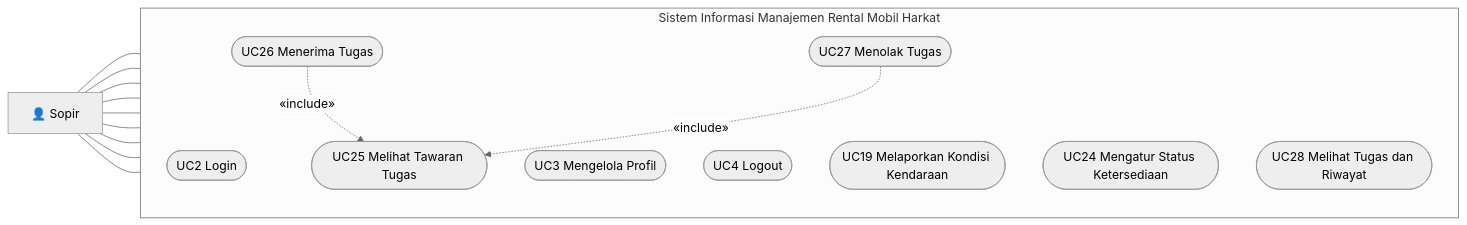
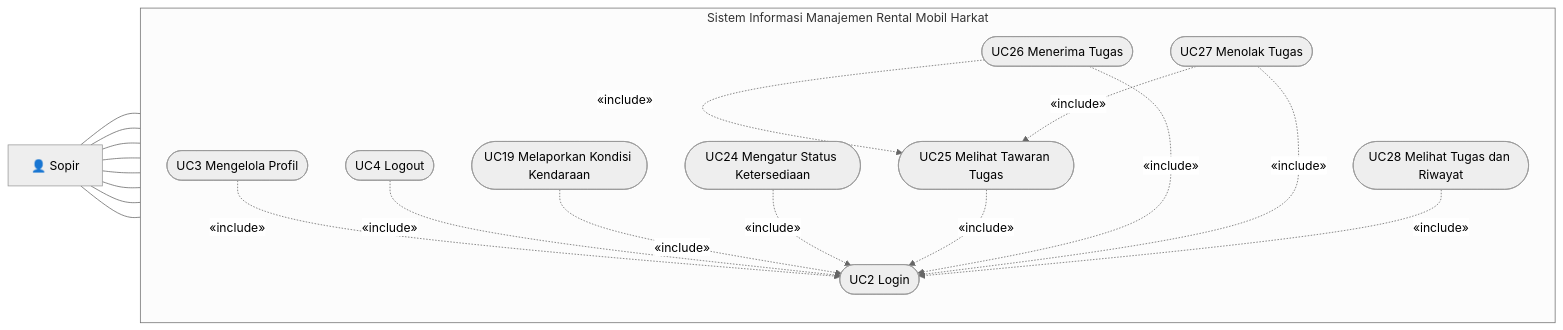
Before and after one commit to Betrand-Alfayedh/TA-mobile-rental_harkat: the fourth of 4 diagrams in docs/usecase.md, drawn with Mermaid (neutral theme). The commit also changed other lines of this file and 13 other files, not shown here.

Commit message:
Dokumentasi: diagram use case, activity AD-7, dan ERD landscape diperbarui

````diff
--- a/docs/usecase.md
+++ b/docs/usecase.md
@@ -227,23 +230,24 @@
 ```mermaid
 flowchart LR
     SOP["👤 Sopir"]
 
     subgraph SISTEM["Sistem Informasi Manajemen Rental Mobil Harkat"]
         direction TB
         UC2(["UC2 Login"])
         UC3(["UC3 Mengelola Profil"])
         UC4(["UC4 Logout"])
         UC19(["UC19 Melaporkan Kondisi Kendaraan"])
         UC24(["UC24 Mengatur Status Ketersediaan"])
         UC25(["UC25 Melihat Tawaran Tugas"])
         UC26(["UC26 Menerima Tugas"])
         UC27(["UC27 Menolak Tugas"])
         UC28(["UC28 Melihat Tugas dan Riwayat"])
     end
 
-    SOP --- UC2 & UC3 & UC4
+    SOP --- UC3 & UC4
     SOP --- UC19 & UC24 & UC25 & UC26 & UC27 & UC28
 
     UC26 -.->|«include»| UC25
     UC27 -.->|«include»| UC25
+    UC3 & UC4 & UC19 & UC24 & UC25 & UC26 & UC27 & UC28 -.->|«include»| UC2
 ```
````
